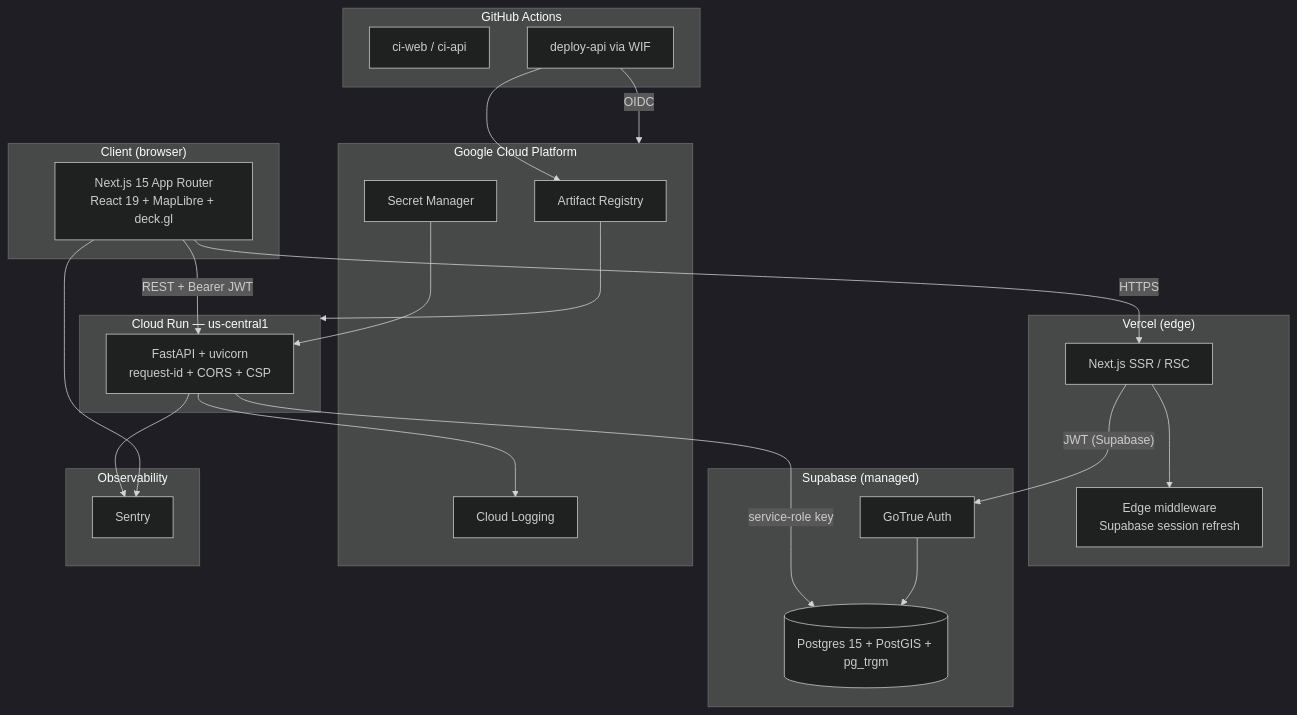
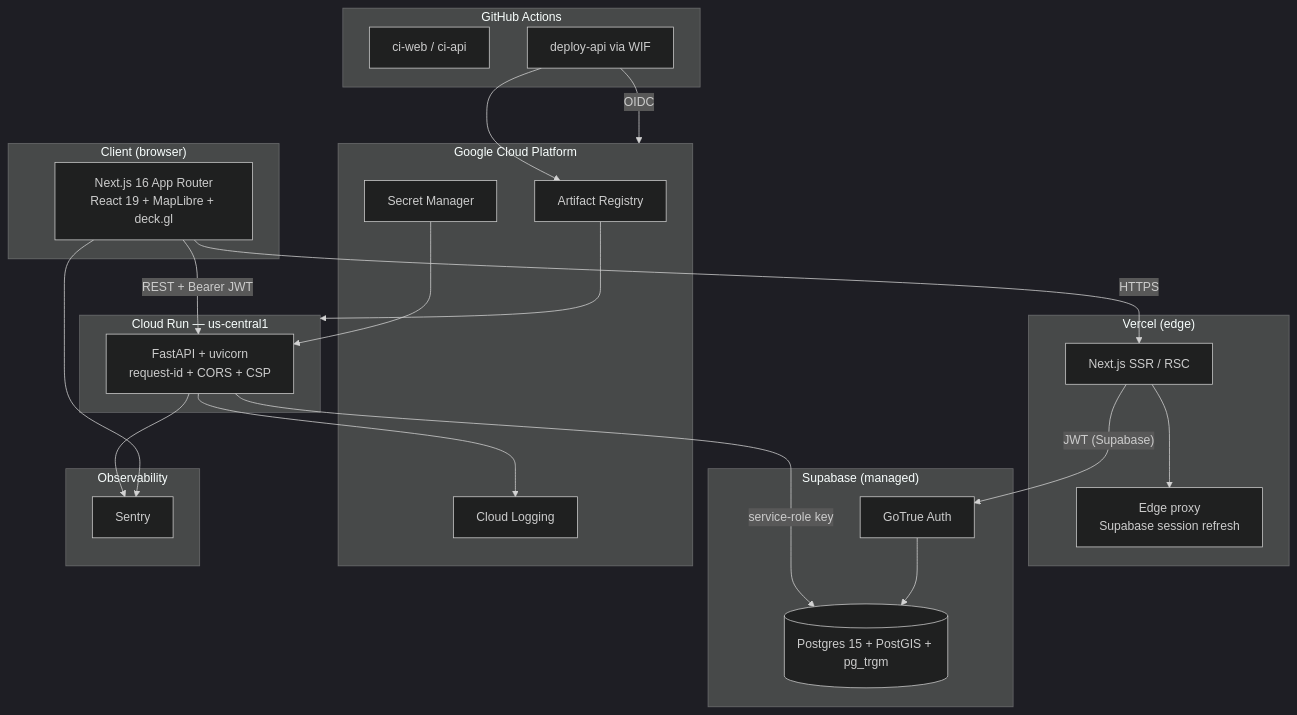
The diagram in docs/ARCHITECTURE.md (UrielJMendoza/WatchDawg), drawn with Mermaid (dark theme) before and after one commit. The commit also changed 1 other file, not shown here.

Commit message:
docs: Phase 1 pass on README + ARCHITECTURE
Tightens the seed README now that every Phase 1 component actually
exists:

- Local development section now covers prereqs, the pre-commit hook,
  copying both .env.example files, spinning up the frontend + backend,
  linking the Supabase project, and the exact set of verification
  commands CI runs on every push.
- Updates the framework callouts from Next.js 15 to Next.js 16 (matches
  what the scaffolder actually installed) in both the README tech-stack
  row and the ARCHITECTURE mermaid diagram.
- Flags the middleware → proxy rename in ARCHITECTURE (Next 16 renamed
  the file convention).
- Fills out Acknowledgments with real tech-stack credits linking to
  MapLibre, deck.gl, CARTO, shadcn/ui, Radix, Geist, Supabase, FastAPI,
  pydantic, structlog. Data-source attributions still hold until Phase 2
  actually renders those layers.
- Marks Phase 1 complete in the roadmap.

````diff
--- a/docs/ARCHITECTURE.md
+++ b/docs/ARCHITECTURE.md
@@ -11,51 +11,51 @@
 ```mermaid
 flowchart TB
     subgraph Client["Client (browser)"]
-        UI[Next.js 15 App Router<br/>React 19 + MapLibre + deck.gl]
+        UI[Next.js 16 App Router<br/>React 19 + MapLibre + deck.gl]
     end
 
     subgraph Edge["Vercel (edge)"]
         SSR[Next.js SSR / RSC]
-        MW[Edge middleware<br/>Supabase session refresh]
+        MW[Edge proxy<br/>Supabase session refresh]
     end
 
     subgraph CloudRun["Cloud Run — us-central1"]
         API[FastAPI + uvicorn<br/>request-id + CORS + CSP]
     end
 
     subgraph SupabasePlatform["Supabase (managed)"]
         AUTH[GoTrue Auth]
         PG[(Postgres 15 + PostGIS + pg_trgm)]
     end
 
     subgraph GCP["Google Cloud Platform"]
         AR[Artifact Registry]
         SM[Secret Manager]
         LOG[Cloud Logging]
     end
 
     subgraph GitHub["GitHub Actions"]
         CI[ci-web / ci-api]
         DEPLOY[deploy-api via WIF]
     end
 
     subgraph Obs["Observability"]
         SEN[Sentry]
     end
 
     UI -- HTTPS --> SSR
     SSR -- JWT (Supabase) --> AUTH
     UI -- REST + Bearer JWT --> API
     API -- service-role key --> PG
     AUTH --> PG
     SSR --> MW
 
     DEPLOY -- OIDC --> GCP
     DEPLOY --> AR
     AR --> CloudRun
     SM --> API
     API --> LOG
 
     API --> SEN
     UI --> SEN
 ```
````
